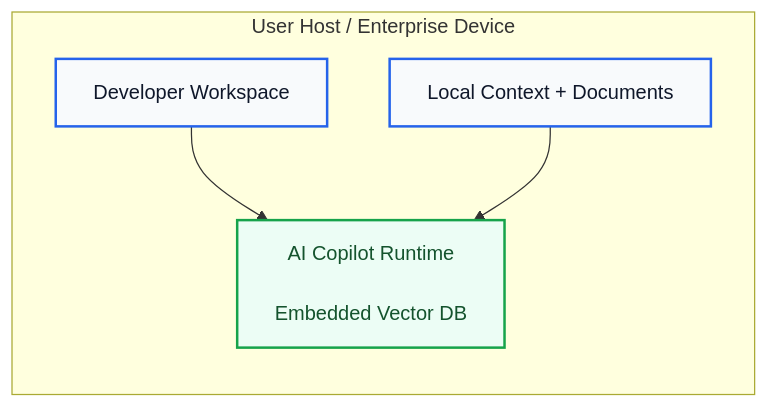
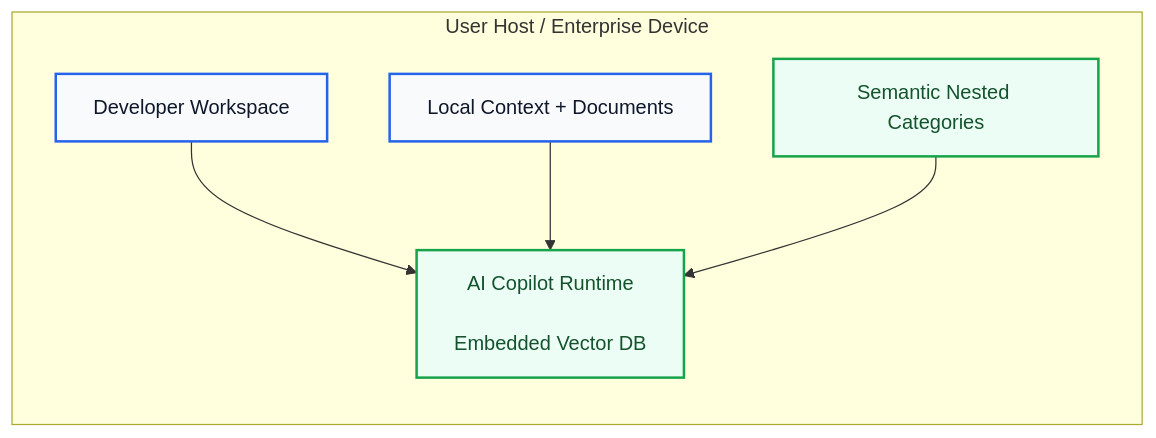
Before and after one commit to grecinto/sop: the second of 4 diagrams in src/docs-site/docs/fleet-learning.mdx, drawn with Mermaid. The commit also changed other lines of this file and 8 other files, not shown here.

````diff
--- a/src/docs-site/docs/fleet-learning.mdx
+++ b/src/docs-site/docs/fleet-learning.mdx
@@ -102,16 +66,18 @@
 ```mermaid
 flowchart LR
     subgraph UserHost["User Host / Enterprise Device"]
         A[Developer Workspace]
         B[AI Copilot Runtime<br/><br/>Embedded Vector DB]
         C[Local Context + Documents]
+        D[Semantic Nested Categories]
     end
 
     A --> B
     C --> B
+    D --> B
 
     classDef user fill:#f8fafc,stroke:#2563eb,stroke-width:2px,color:#0f172a;
     classDef local fill:#ecfdf5,stroke:#16a34a,stroke-width:2px,color:#14532d;
     class A,C user;
-    class B local;
+    class B,D local;
 ```
````
